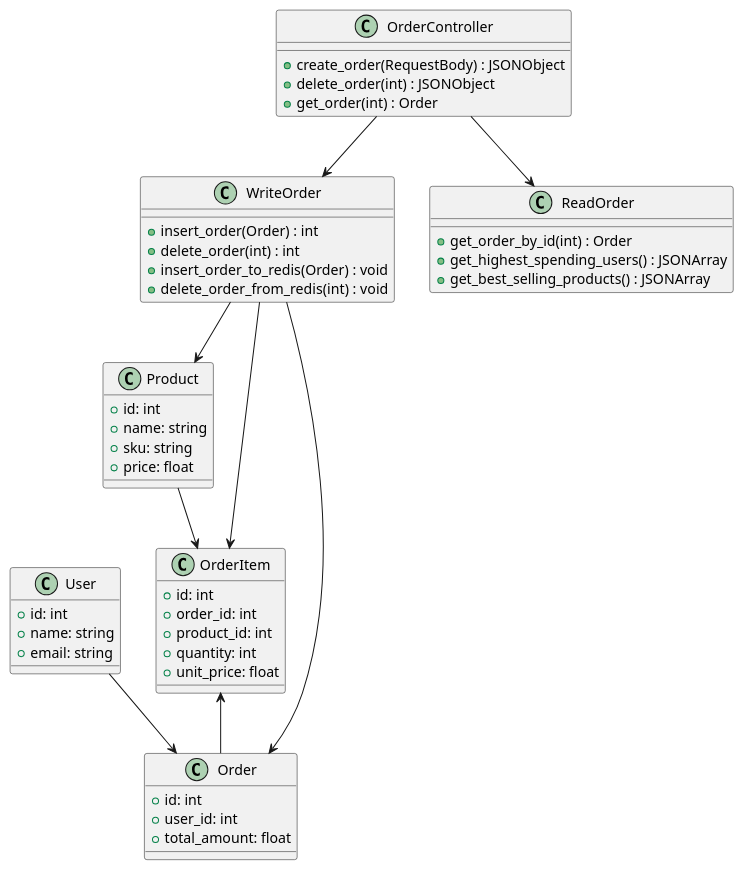
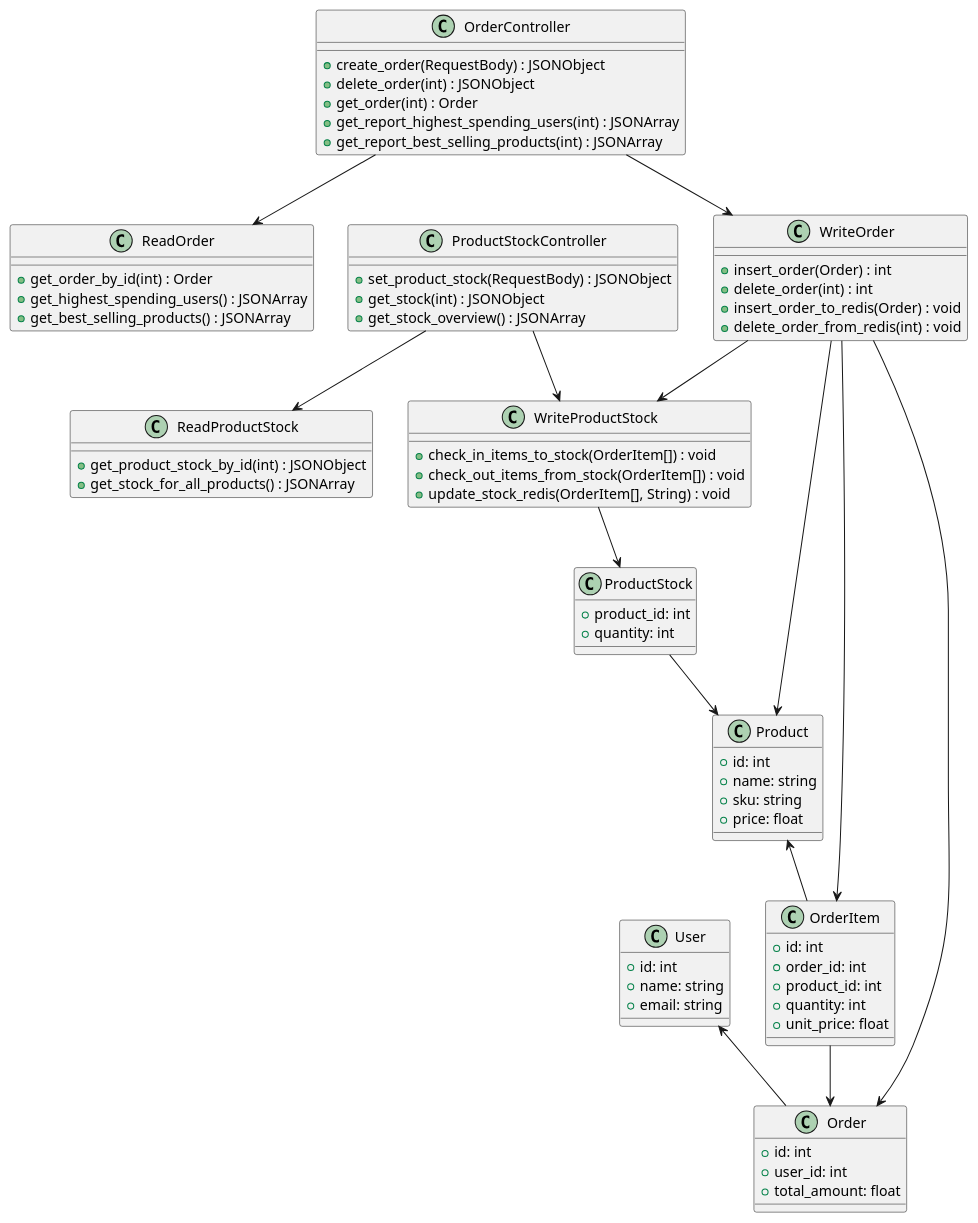
One commit to guteacher/log430-labo3 changed the diagram in docs/uml/class.puml. Above: the diagram before and after it, drawn with PlantUML. The commit also changed 4 other files, not shown here.

Commit message:
add diagrams

```diff
--- a/docs/uml/class.puml
+++ b/docs/uml/class.puml
@@ -1,56 +1,85 @@
 @startuml
     class User {
         + id: int
         + name: string
         + email: string
     }
 
     class Product {
         + id: int
         + name: string
         + sku: string
         + price: float
+    }
+
+    class ProductStock {
+        + product_id: int
+        + quantity: int
     }
 
     class OrderItem {
         + id: int
         + order_id: int
         + product_id: int
         + quantity: int
         + unit_price: float
     }
 
     class Order {
         + id: int
         + user_id: int
         + total_amount: float
     }
 
     class WriteOrder {
         + insert_order(Order) : int
         + delete_order(int) : int
         + insert_order_to_redis(Order) : void
         + delete_order_from_redis(int) : void
     }
 
+    class WriteProductStock {
+        + check_in_items_to_stock(OrderItem[]) : void
+        + check_out_items_from_stock(OrderItem[]) : void
+        + update_stock_redis(OrderItem[], String) : void
+    }
+
+    class ReadProductStock {
+        + get_product_stock_by_id(int) : JSONObject
+        + get_stock_for_all_products() : JSONArray
+    }
+
     class ReadOrder {
         + get_order_by_id(int) : Order
         + get_highest_spending_users() : JSONArray
         + get_best_selling_products() : JSONArray
     }
 
     class OrderController {
         + create_order(RequestBody) : JSONObject
         + delete_order(int) : JSONObject
         + get_order(int) : Order
+        + get_report_highest_spending_users(int) : JSONArray
+        + get_report_best_selling_products(int) : JSONArray
     }
 
-    OrderItem <-- Order
-    User --> Order
-    Product --> OrderItem
+    class ProductStockController {
+        + set_product_stock(RequestBody) : JSONObject
+        + get_stock(int) : JSONObject
+        + get_stock_overview() : JSONArray
+    }
+
+    OrderItem --> Order
+    User <-- Order
+    Product <-- OrderItem
     WriteOrder --> Order
     WriteOrder --> OrderItem
     WriteOrder --> Product
+    WriteOrder --> WriteProductStock
+    WriteProductStock --> ProductStock
     OrderController --> WriteOrder
     OrderController --> ReadOrder
+    ProductStockController --> ReadProductStock
+    ProductStockController --> WriteProductStock
+    ProductStock --> Product
 @enduml
```
